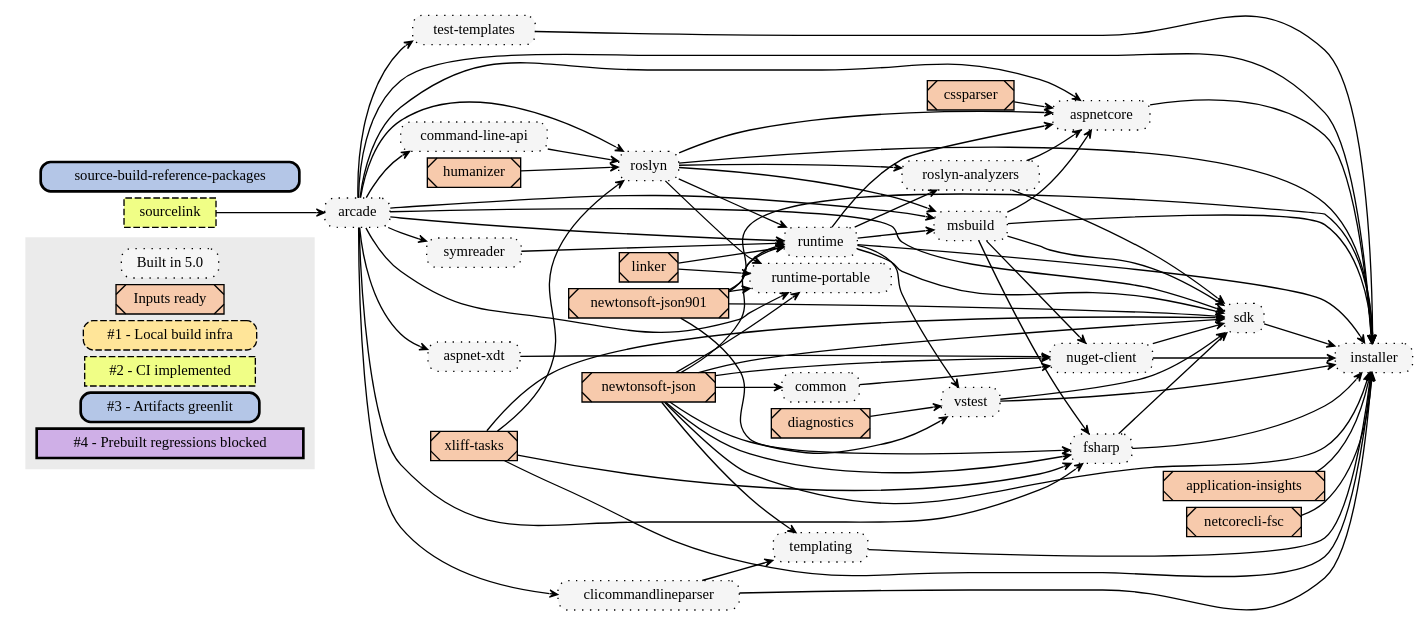
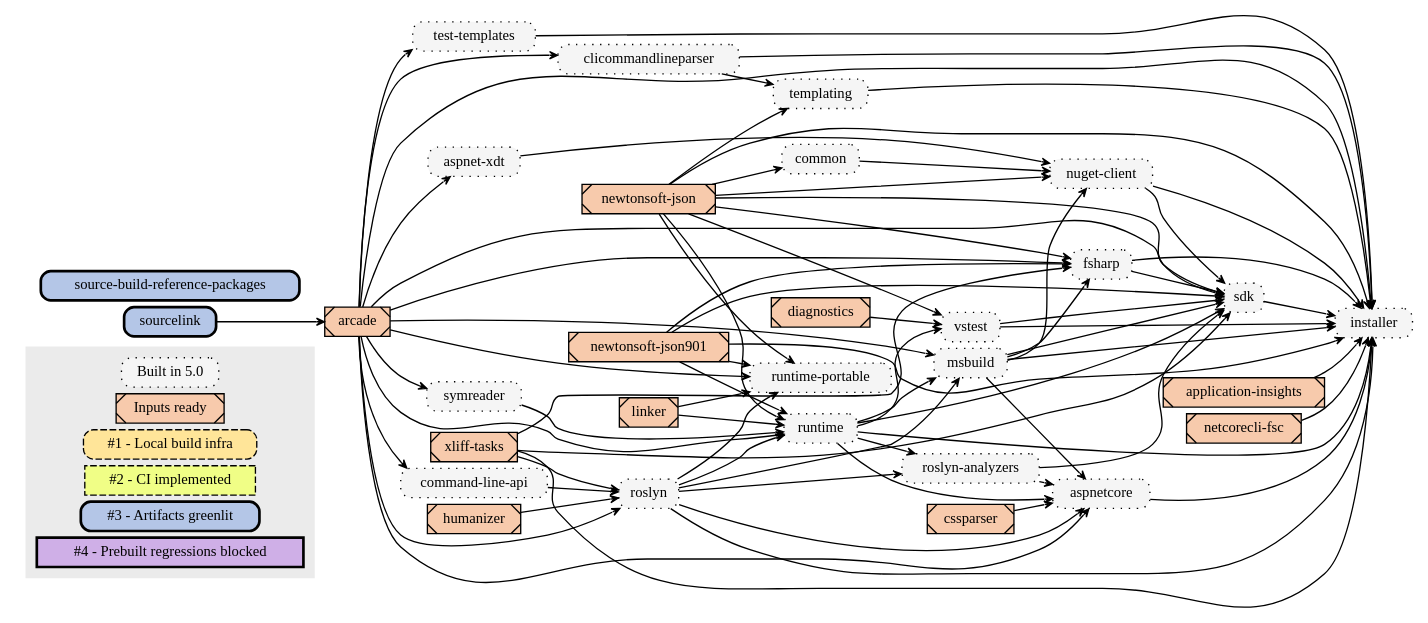
One commit to dotnet/source-build changed the diagram in Documentation/planning/arcade-powered-source-build/img/implementation-plan-graph.dot. Above: the diagram before and after it, drawn with Graphviz. The commit also changed 2 other files, not shown here.

Commit message:
Arcade-powered: sourcelink stage 3

```diff
--- a/Documentation/planning/arcade-powered-source-build/img/implementation-plan-graph.dot
+++ b/Documentation/planning/arcade-powered-source-build/img/implementation-plan-graph.dot
@@ -1,124 +1,150 @@
 // dot.exe implementation-plan-graph.dot -Tsvg -o implementation-plan-graph.svg
 
 digraph {
 node[
   shape=rect
   width=0 height=0 margin=0.07
   style=filled
   fontsize=11]
 edge[
   penwidth=1
   arrowsize=0.6
   arrowhead=vee
   pencolor="#444444"]
 rankdir=LR
 nodesep=0.07
 ranksep=0.08
 
 node [fillcolor="#F5F5F5",style="dotted,filled,rounded",tooltip="Built"]
 "pre0"[label="Built in 5.0"]
-"arcade" "aspnet-xdt" "aspnetcore" "clicommandlineparser" "command-line-api" "fsharp" "msbuild" "nuget-client" "roslyn" "roslyn-analyzers" "runtime" "runtime-portable" "sdk" "templating" "vstest" "installer" "symreader" "common" "test-templates"
+"aspnet-xdt"
+"aspnetcore"
+"clicommandlineparser"
+"command-line-api"
+"fsharp"
+"msbuild"
+"nuget-client"
+"roslyn"
+"roslyn-analyzers"
+"runtime"
+"runtime-portable"
+"sdk"
+"templating"
+"vstest"
+"installer"
+"symreader"
+"common"
+"test-templates"
 
 node [fillcolor="#F7CAAC",style="filled,diagonals",tooltip="Inputs ready"]
 "pre1"[label="Inputs ready"]
-"application-insights" "netcorecli-fsc" "newtonsoft-json" "newtonsoft-json901" "xliff-tasks" "humanizer" "linker" "cssparser" "diagnostics"
+"application-insights"
+"netcorecli-fsc"
+"newtonsoft-json"
+"newtonsoft-json901"
+"xliff-tasks"
+"humanizer"
+"linker"
+"cssparser"
+"diagnostics"
+"arcade"
 
 node [fillcolor="#FFE599",style="dashed,filled,rounded",tooltip="1"]
 "s1"[label="#1 - Local build infra"]
 
 node [fillcolor="#F0FE86",style="dashed,filled",tooltip="2"]
 "s2"[label="#2 - CI implemented"]
-"sourcelink"
 
 node [fillcolor="#B4C6E7",style="bold,filled,rounded",tooltip="3"]
 "s3"[label="#3 - Artifacts greenlit"]
+"sourcelink"
 "source-build-reference-packages"
 
 node [fillcolor="#CFAFE7",style="bold,filled",tooltip="4"]
 "s4"[label="#4 - Prebuilt regressions blocked"]
 
 // Color all future nodes red. All nodes should be accounted for: red means they need a category.
 node [fillcolor="#FF0000",style=filled]
 
 subgraph clusterLegend {
   style=filled
   color="#ebebeb"
   "pre0" "pre1" "s1" "s2" "s3" "s4"
 }
 
 // Remaining text created by generate-graphviz.proj based on repos/*.proj:
 "sourcelink" -> "arcade"
 "arcade" -> "aspnet-xdt"
 "arcade" -> "aspnetcore"
 "cssparser" -> "aspnetcore"
 "runtime" -> "aspnetcore"
 "msbuild" -> "aspnetcore"
 "roslyn" -> "aspnetcore"
 "roslyn-analyzers" -> "aspnetcore"
 "arcade" -> "clicommandlineparser"
 "arcade" -> "command-line-api"
 "newtonsoft-json" -> "common"
 "arcade" -> "fsharp"
 "msbuild" -> "fsharp"
 "newtonsoft-json901" -> "fsharp"
 "newtonsoft-json" -> "fsharp"
 "xliff-tasks" -> "fsharp"
 "application-insights" -> "installer"
 "arcade" -> "installer"
 "aspnetcore" -> "installer"
 "clicommandlineparser" -> "installer"
 "fsharp" -> "installer"
 "msbuild" -> "installer"
 "netcorecli-fsc" -> "installer"
 "newtonsoft-json" -> "installer"
 "newtonsoft-json901" -> "installer"
 "nuget-client" -> "installer"
 "roslyn" -> "installer"
 "runtime" -> "installer"
 "sdk" -> "installer"
 "templating" -> "installer"
 "test-templates" -> "installer"
 "vstest" -> "installer"
 "xliff-tasks" -> "installer"
 "arcade" -> "msbuild"
 "runtime" -> "msbuild"
 "roslyn" -> "msbuild"
 "common" -> "nuget-client"
 "newtonsoft-json" -> "nuget-client"
 "msbuild" -> "nuget-client"
 "aspnet-xdt" -> "nuget-client"
 "runtime" -> "roslyn-analyzers"
 "roslyn" -> "roslyn-analyzers"
 "arcade" -> "roslyn"
 "command-line-api" -> "roslyn"
 "humanizer" -> "roslyn"
 "xliff-tasks" -> "roslyn"
 "arcade" -> "runtime-portable"
 "linker" -> "runtime-portable"
 "newtonsoft-json" -> "runtime-portable"
 "newtonsoft-json901" -> "runtime-portable"
 "roslyn" -> "runtime-portable"
 "arcade" -> "runtime"
 "symreader" -> "runtime"
 "linker" -> "runtime"
 "newtonsoft-json" -> "runtime"
 "newtonsoft-json901" -> "runtime"
 "roslyn" -> "runtime"
 "arcade" -> "sdk"
 "xliff-tasks" -> "sdk"
 "runtime" -> "sdk"
 "msbuild" -> "sdk"
 "newtonsoft-json" -> "sdk"
 "newtonsoft-json901" -> "sdk"
 "nuget-client" -> "sdk"
 "roslyn-analyzers" -> "sdk"
 "vstest" -> "sdk"
 "fsharp" -> "sdk"
 "arcade" -> "symreader"
 "clicommandlineparser" -> "templating"
 "newtonsoft-json" -> "templating"
 "arcade" -> "test-templates"
 "diagnostics" -> "vstest"
 "runtime" -> "vstest"
 "newtonsoft-json" -> "vstest"
 }
```
